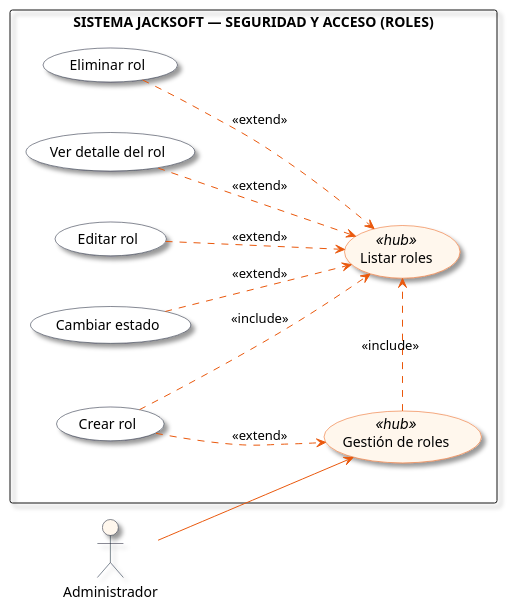
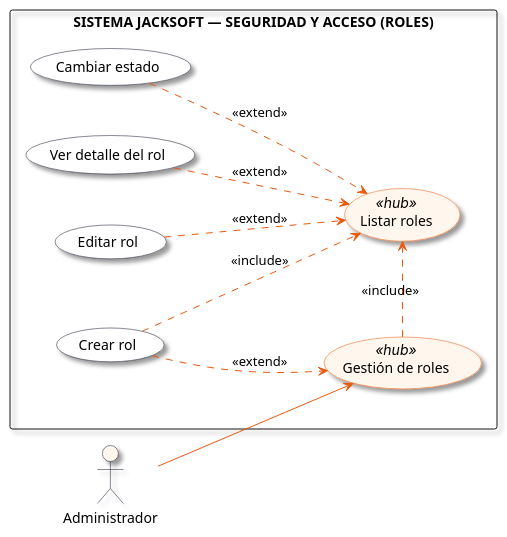
The diagram in Diagramas_PUML/ROLES.puml (alejandrogomezmesa1/Documentacion_JackSoft), drawn with PlantUML before and after one commit. The commit also changed 60 other files, not shown here.

```diff
--- a/Diagramas_PUML/ROLES.puml
+++ b/Diagramas_PUML/ROLES.puml
@@ -1,45 +1,43 @@
 @startuml
 left to right direction
 skinparam packageStyle rectangle
 skinparam nodesep 50
 skinparam ranksep 70
 skinparam shadowing true
 skinparam defaultFontName "Inter, Arial, sans-serif"
 
 skinparam actor {
   BorderColor #0f172a
   BackgroundColor #fff7ed
 }
 
 skinparam usecase {
   BackgroundColor #ffffff
   BorderColor #0f172a
   ArrowColor #ea580c
 }
 
 skinparam usecase<<hub>> {
   BackgroundColor #fff7ed
   BorderColor #ea580c
 }
 
 actor "Administrador" as actor_user
 
 rectangle "SISTEMA JACKSOFT — SEGURIDAD Y ACCESO (ROLES)" {
   usecase "Gestión de roles" as UC_Hub <<hub>>
   usecase "Listar roles" as UC_Central <<hub>>
   usecase "Crear rol" as UC_Top1
   usecase "Ver detalle del rol" as UC_R1
   usecase "Editar rol" as UC_R2
   usecase "Cambiar estado" as UC_R3
-  usecase "Eliminar rol" as UC_R4
 }
 
 actor_user --> UC_Hub
 UC_Hub .> UC_Central : <<include>>
 UC_Top1 ..> UC_Hub : <<extend>>
 UC_Top1 .> UC_Central : <<include>>
 UC_R1 ..> UC_Central : <<extend>>
 UC_R2 ..> UC_Central : <<extend>>
 UC_R3 ..> UC_Central : <<extend>>
-UC_R4 ..> UC_Central : <<extend>>
 @enduml
```
